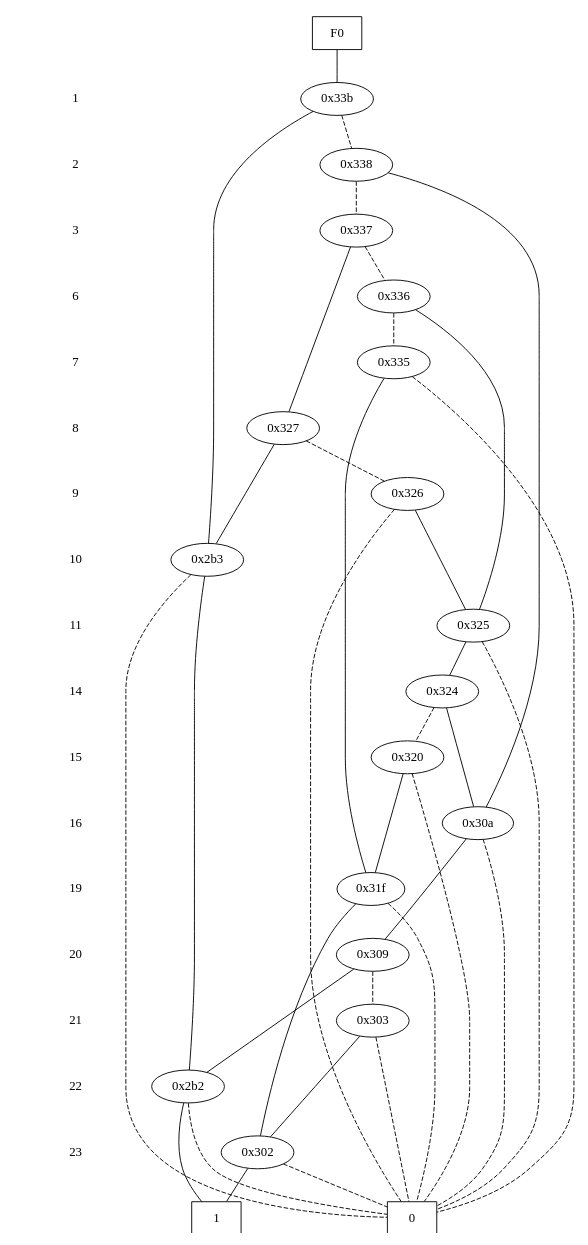
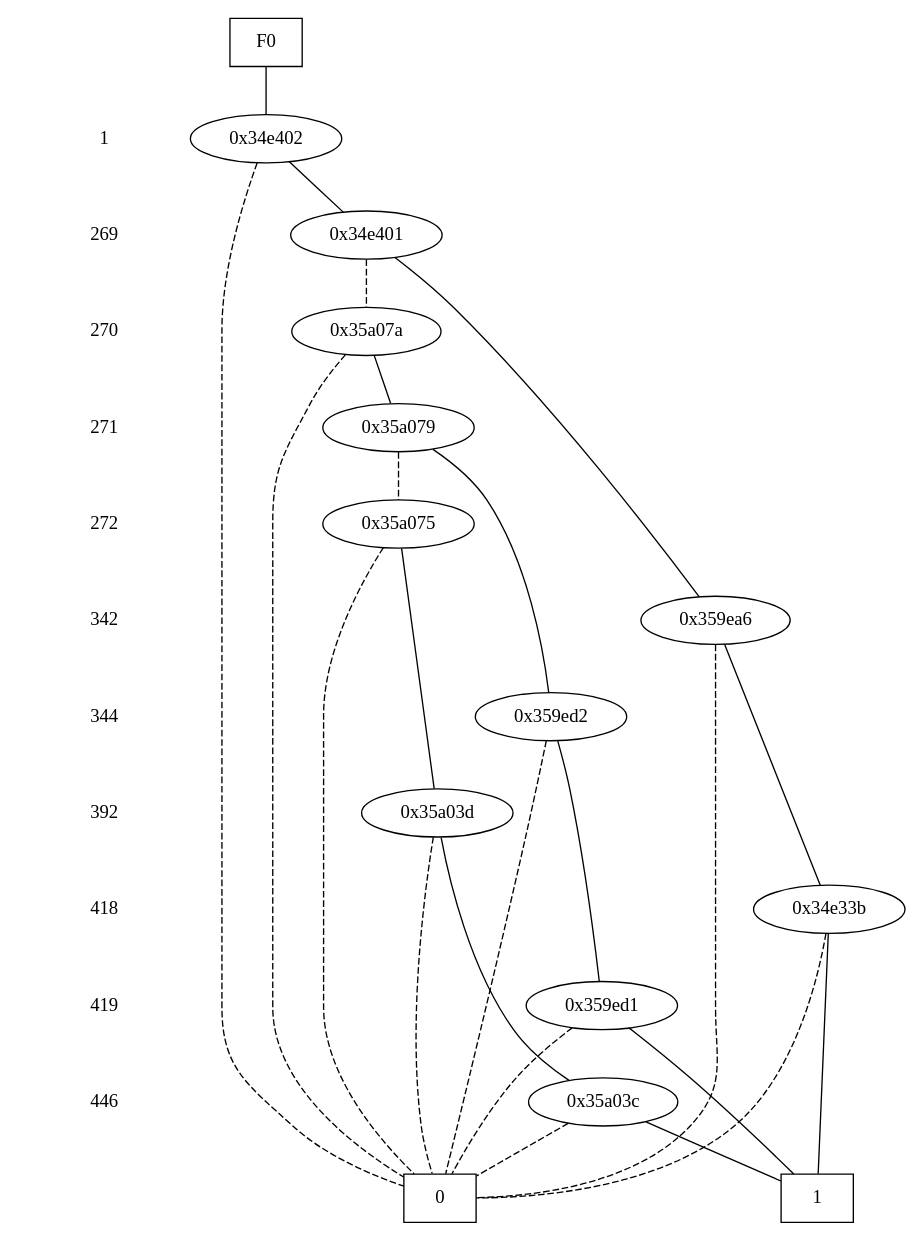
Before and after one commit to dan-olsen/ECE524: the diagram in Project1_2/Dot/1.dot, drawn with Graphviz. The commit also changed 41 other files, not shown here.

```diff
--- a/Project1_2/Dot/1.dot
+++ b/Project1_2/Dot/1.dot
@@ -1,105 +1,75 @@
 digraph "ZDD" {
 size = "7.5,10"
 center = true;
 edge [dir = none];
 { node [shape = plaintext];
   edge [style = invis];
   "CONST NODES" [style = invis];
-" 1 " -> " 2 " -> " 3 " -> " 6 " -> " 7 " -> " 8 " -> " 9 " -> " 10 " -> " 11 " -> " 14 " -> " 15 " -> " 16 " -> " 19 " -> " 20 " -> " 21 " -> " 22 " -> " 23 " -> "CONST NODES"; 
+" 1 " -> " 269 " -> " 270 " -> " 271 " -> " 272 " -> " 342 " -> " 344 " -> " 392 " -> " 418 " -> " 419 " -> " 446 " -> "CONST NODES"; 
 }
 { rank = same; node [shape = box]; edge [style = invis];
 "F0"; }
 { rank = same; " 1 ";
-"0x33b";
+"0x34e402";
 }
-{ rank = same; " 2 ";
-"0x338";
+{ rank = same; " 269 ";
+"0x34e401";
 }
-{ rank = same; " 3 ";
-"0x337";
+{ rank = same; " 270 ";
+"0x35a07a";
 }
-{ rank = same; " 6 ";
-"0x336";
+{ rank = same; " 271 ";
+"0x35a079";
 }
-{ rank = same; " 7 ";
-"0x335";
+{ rank = same; " 272 ";
+"0x35a075";
 }
-{ rank = same; " 8 ";
-"0x327";
+{ rank = same; " 342 ";
+"0x359ea6";
 }
-{ rank = same; " 9 ";
-"0x326";
+{ rank = same; " 344 ";
+"0x359ed2";
 }
-{ rank = same; " 10 ";
-"0x2b3";
+{ rank = same; " 392 ";
+"0x35a03d";
 }
-{ rank = same; " 11 ";
-"0x325";
+{ rank = same; " 418 ";
+"0x34e33b";
 }
-{ rank = same; " 14 ";
-"0x324";
+{ rank = same; " 419 ";
+"0x359ed1";
 }
-{ rank = same; " 15 ";
-"0x320";
-}
-{ rank = same; " 16 ";
-"0x30a";
-}
-{ rank = same; " 19 ";
-"0x31f";
-}
-{ rank = same; " 20 ";
-"0x309";
-}
-{ rank = same; " 21 ";
-"0x303";
-}
-{ rank = same; " 22 ";
-"0x2b2";
-}
-{ rank = same; " 23 ";
-"0x302";
+{ rank = same; " 446 ";
+"0x35a03c";
 }
 { rank = same; "CONST NODES";
-{ node [shape = box]; "0x288";
-"0x287";
+{ node [shape = box]; "0x2b419f";
+"0x2b419e";
 }
 }
-"F0" -> "0x33b" [style = solid];
-"0x33b" -> "0x2b3";
-"0x33b" -> "0x338" [style = dashed];
-"0x338" -> "0x30a";
-"0x338" -> "0x337" [style = dashed];
-"0x337" -> "0x327";
-"0x337" -> "0x336" [style = dashed];
-"0x336" -> "0x325";
-"0x336" -> "0x335" [style = dashed];
-"0x335" -> "0x31f";
-"0x335" -> "0x288" [style = dashed];
-"0x327" -> "0x2b3";
-"0x327" -> "0x326" [style = dashed];
-"0x326" -> "0x325";
-"0x326" -> "0x288" [style = dashed];
-"0x2b3" -> "0x2b2";
-"0x2b3" -> "0x288" [style = dashed];
-"0x325" -> "0x324";
-"0x325" -> "0x288" [style = dashed];
-"0x324" -> "0x30a";
-"0x324" -> "0x320" [style = dashed];
-"0x320" -> "0x31f";
-"0x320" -> "0x288" [style = dashed];
-"0x30a" -> "0x309";
-"0x30a" -> "0x288" [style = dashed];
-"0x31f" -> "0x302";
-"0x31f" -> "0x288" [style = dashed];
-"0x309" -> "0x2b2";
-"0x309" -> "0x303" [style = dashed];
-"0x303" -> "0x302";
-"0x303" -> "0x288" [style = dashed];
-"0x2b2" -> "0x287";
-"0x2b2" -> "0x288" [style = dashed];
-"0x302" -> "0x287";
-"0x302" -> "0x288" [style = dashed];
-"0x288" [label = "0"];
-"0x287" [label = "1"];
+"F0" -> "0x34e402" [style = solid];
+"0x34e402" -> "0x34e401";
+"0x34e402" -> "0x2b419f" [style = dashed];
+"0x34e401" -> "0x359ea6";
+"0x34e401" -> "0x35a07a" [style = dashed];
+"0x35a07a" -> "0x35a079";
+"0x35a07a" -> "0x2b419f" [style = dashed];
+"0x35a079" -> "0x359ed2";
+"0x35a079" -> "0x35a075" [style = dashed];
+"0x35a075" -> "0x35a03d";
+"0x35a075" -> "0x2b419f" [style = dashed];
+"0x359ea6" -> "0x34e33b";
+"0x359ea6" -> "0x2b419f" [style = dashed];
+"0x359ed2" -> "0x359ed1";
+"0x359ed2" -> "0x2b419f" [style = dashed];
+"0x35a03d" -> "0x35a03c";
+"0x35a03d" -> "0x2b419f" [style = dashed];
+"0x34e33b" -> "0x2b419e";
+"0x34e33b" -> "0x2b419f" [style = dashed];
+"0x359ed1" -> "0x2b419e";
+"0x359ed1" -> "0x2b419f" [style = dashed];
+"0x35a03c" -> "0x2b419e";
+"0x35a03c" -> "0x2b419f" [style = dashed];
+"0x2b419f" [label = "0"];
+"0x2b419e" [label = "1"];
 }
```
